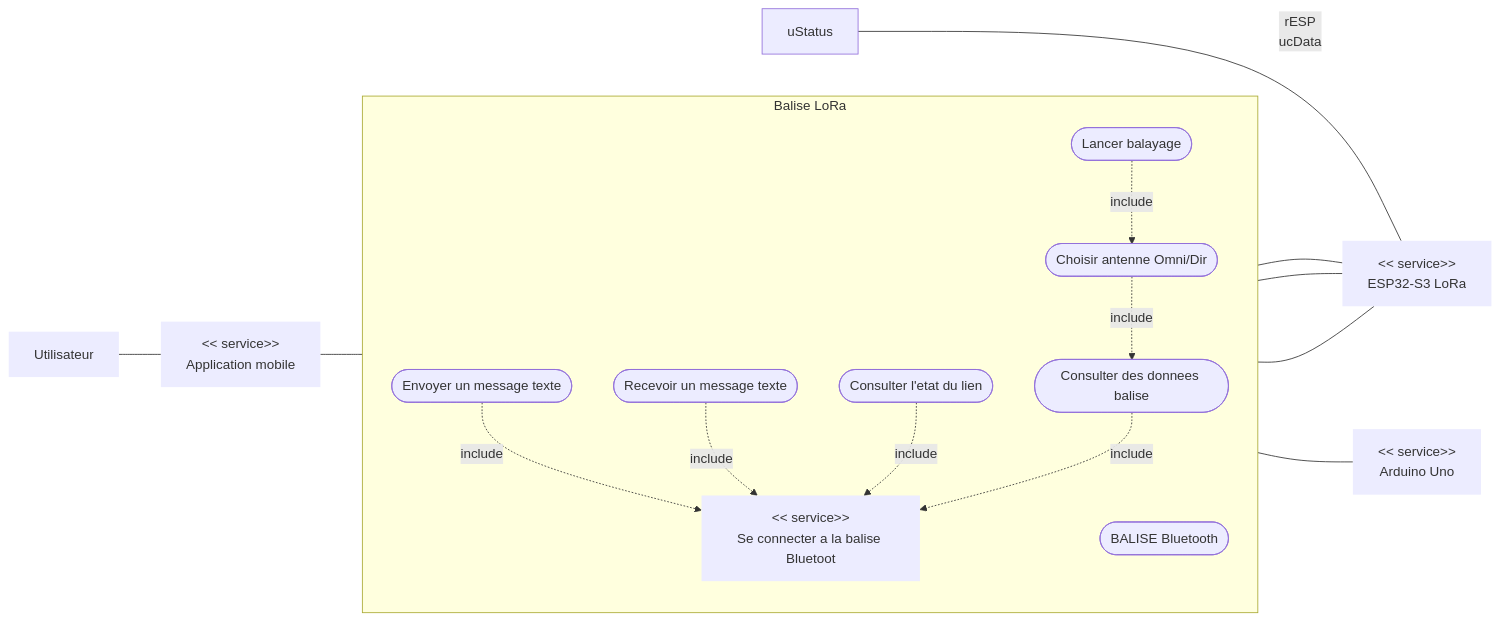
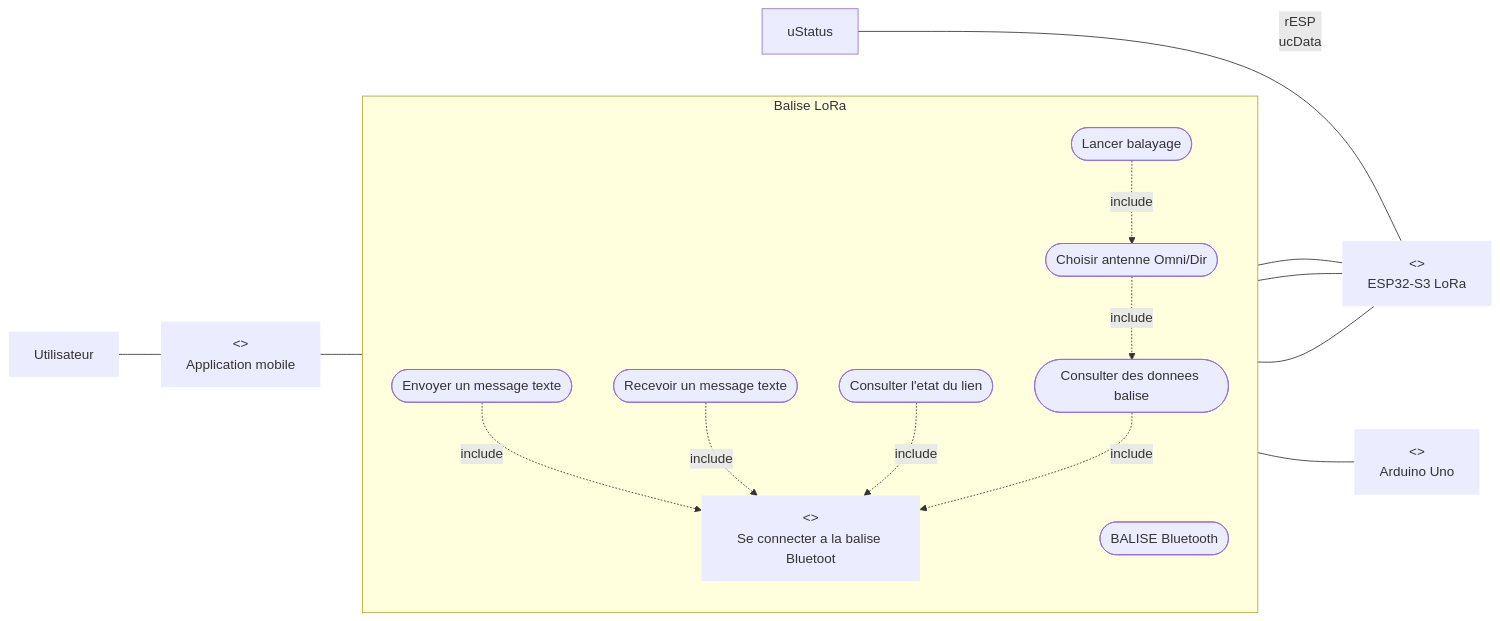
Before and after one commit to SHU445/Projet-LoRa-72h: the first of 7 diagrams in Diagrammes_SysML_Projet_LoRa.md, drawn with Mermaid.

Commit message:
"CorrectUseCase3.0"

````diff
--- a/Diagrammes_SysML_Projet_LoRa.md
+++ b/Diagrammes_SysML_Projet_LoRa.md
@@ -12,40 +12,40 @@
 ```mermaid
 flowchart LR
   rU["Utilisateur"]:::role
-  rAPP["<< service>>\nApplication mobile"]:::role
-  rESP["<< service>>\nESP32-S3 LoRa"]:::role
-  rARD["<< service>>\nArduino Uno"]:::role
-  rCONN["<< service>>\nSe connecter a la balise Bluetoot"]:::role
+  rAPP["<<Service>>\nApplication mobile"]:::role
+  rESP["<<Service>>\nESP32-S3 LoRa"]:::role
+  rARD["<<Service>>\nArduino Uno"]:::role
+  rCONN["<<BALISE>>\nSe connecter a la balise Bluetoot"]:::role
 
   subgraph S["Balise LoRa"]
     direction TB
     uCo([BALISE Bluetooth])
     ucSend([Envoyer un message texte])
     ucReceive([Recevoir un message texte])
     ucStatus([Consulter l'etat du lien])
     ucData([Consulter des donnees balise])
     ucSelectAntenna([Choisir antenne Omni/Dir])
     ucScan([Lancer balayage])
 
     ucSend -. include .-> rCONN
     ucReceive -. include .-> rCONN
     ucStatus -. include .-> rCONN
     ucData -. include .-> rCONN
     ucSelectAntenna -. include .-> ucData
     ucScan -. include .-> ucSelectAntenna
   end
 
   rU --- rAPP
   rAPP --- rCONN
   rCONN --- rESP
 
   ucSend --- rESP
   uStatus --rESP
   ucData --- rESP
   ucSelectAntenna --- rESP
 
 
   ucScan --- rARD
 
   classDef role stroke-width:0px;
 ```
````
